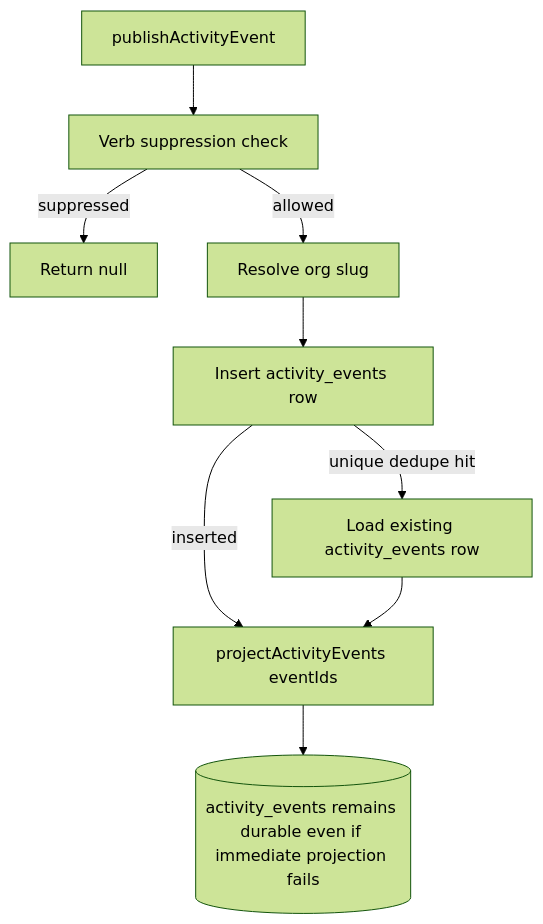
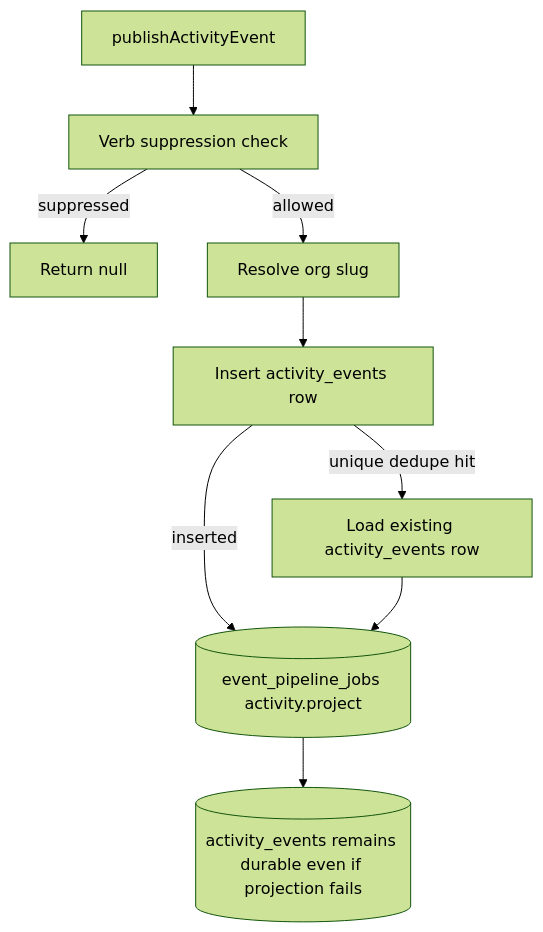
Before and after one commit to heidisoft/iconicedu-monorepo: the second of 4 diagrams in docs/architecture/activity-feed.md, drawn with Mermaid (forest theme). The commit also changed other lines of this file and 58 other files, not shown here.

First line of the commit message:
Add unified event pipeline and job-based dispatch

````diff
--- a/docs/architecture/activity-feed.md
+++ b/docs/architecture/activity-feed.md
@@ -32,11 +31,11 @@
 ```mermaid
 flowchart TD
   Publish[publishActivityEvent] --> Suppression[Verb suppression check]
   Suppression -->|suppressed| Null[Return null]
   Suppression -->|allowed| OrgSlug[Resolve org slug]
   OrgSlug --> InsertEvent[Insert activity_events row]
   InsertEvent -->|unique dedupe hit| Existing[Load existing activity_events row]
-  InsertEvent -->|inserted| ImmediateProject[projectActivityEvents eventIds]
-  Existing --> ImmediateProject
-  ImmediateProject --> Durable[(activity_events remains durable even if immediate projection fails)]
+  InsertEvent -->|inserted| ProjectJob[(event_pipeline_jobs activity.project)]
+  Existing --> ProjectJob
+  ProjectJob --> Durable[(activity_events remains durable even if projection fails)]
 ```
````
